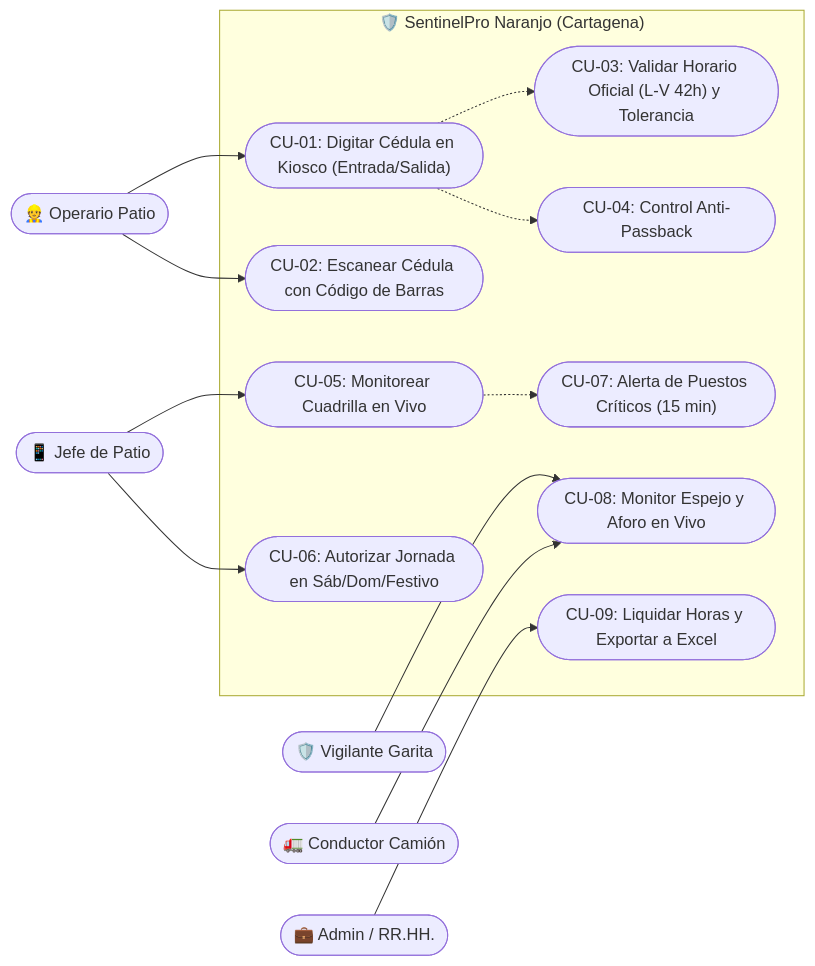
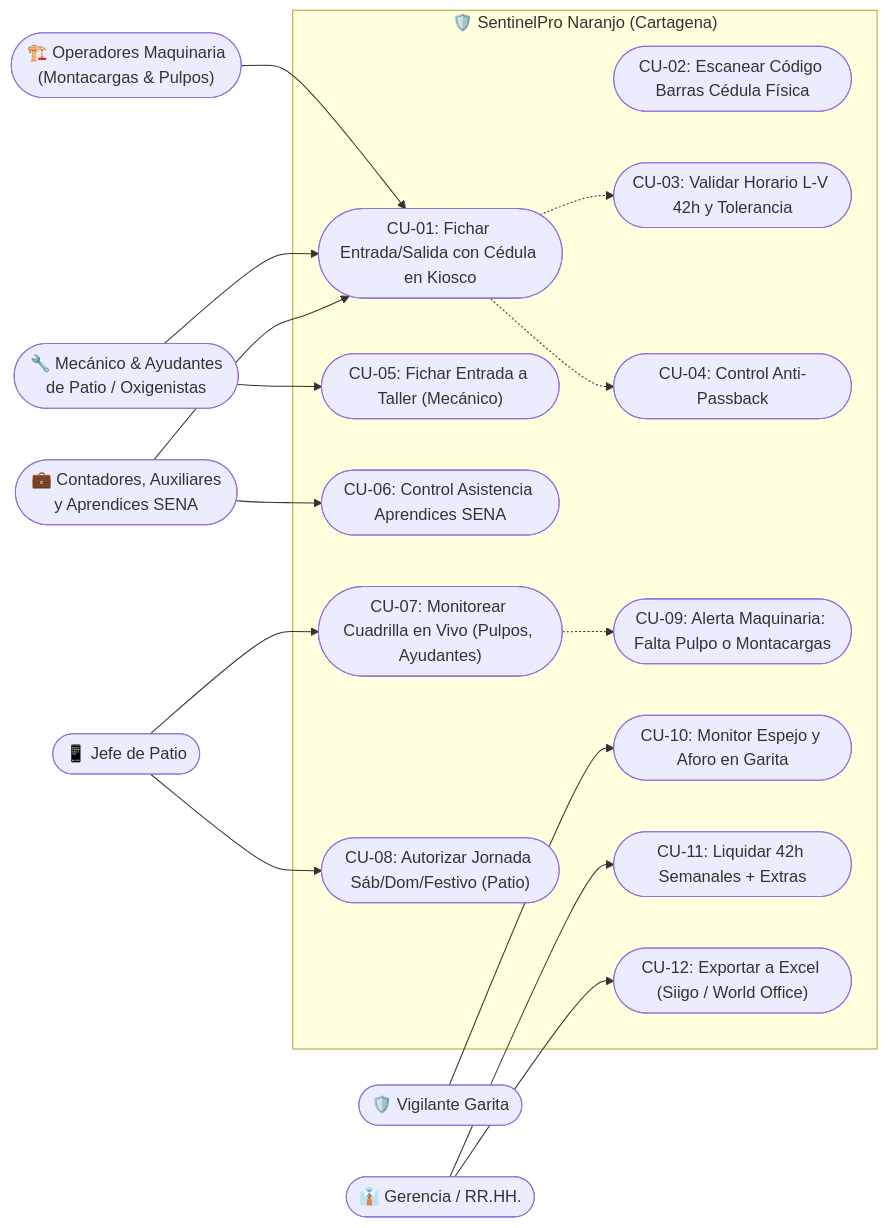
Before and after one commit to traetrabajos-web/SentinelPro_IAM: the diagram in docs/09_Plan_Sistema_Acceso_Recuperaciones_Naranjo.md, drawn with Mermaid. The commit also changed other lines of this file and 12 other files, not shown here.

Commit message:
feat(naranjo): incorporar cargos de maquinaria pesada (pulpos, montacargas), mecanico, ayudantes de patio, contabilidad y SENA

````diff
--- a/docs/09_Plan_Sistema_Acceso_Recuperaciones_Naranjo.md
+++ b/docs/09_Plan_Sistema_Acceso_Recuperaciones_Naranjo.md
@@ -117,31 +147,39 @@
 ```mermaid
 flowchart LR
-    Operario(["👷 Operario Patio"])
-    Conductor(["🚛 Conductor Camión"])
+    Maquinaria(["🏗️ Operadores Maquinaria\n(Montacargas & Pulpos)"])
+    Cuadrilla(["🔧 Mecánico & Ayudantes\nde Patio / Oxigenistas"])
+    AdminSena(["💼 Contadores, Auxiliares\ny Aprendices SENA"])
+
     Vigilante(["🛡️ Vigilante Garita"])
     JefePatio(["📱 Jefe de Patio"])
-    AdminRRHH(["💼 Admin / RR.HH."])
+    Gerencia(["👔 Gerencia / RR.HH."])
 
     subgraph SistemaNaranjo["🛡️ SentinelPro Naranjo (Cartagena)"]
-        CU01(["CU-01: Digitar Cédula en Kiosco (Entrada/Salida)"])
-        CU02(["CU-02: Escanear Cédula con Código de Barras"])
-        CU03(["CU-03: Validar Horario Oficial (L-V 42h) y Tolerancia"])
+        CU01(["CU-01: Fichar Entrada/Salida con Cédula en Kiosco"])
+        CU02(["CU-02: Escanear Código Barras Cédula Física"])
+        CU03(["CU-03: Validar Horario L-V 42h y Tolerancia"])
         CU04(["CU-04: Control Anti-Passback"])
-        CU05(["CU-05: Monitorear Cuadrilla en Vivo"])
-        CU06(["CU-06: Autorizar Jornada en Sáb/Dom/Festivo"])
-        CU07(["CU-07: Alerta de Puestos Críticos (15 min)"])
-        CU08(["CU-08: Monitor Espejo y Aforo en Vivo"])
-        CU09(["CU-09: Liquidar Horas y Exportar a Excel"])
+        CU05(["CU-05: Fichar Entrada a Taller (Mecánico)"])
+        CU06(["CU-06: Control Asistencia Aprendices SENA"])
+        CU07(["CU-07: Monitorear Cuadrilla en Vivo (Pulpos, Ayudantes)"])
+        CU08(["CU-08: Autorizar Jornada Sáb/Dom/Festivo (Patio)"])
+        CU09(["CU-09: Alerta Maquinaria: Falta Pulpo o Montacargas"])
+        CU10(["CU-10: Monitor Espejo y Aforo en Garita"])
+        CU11(["CU-11: Liquidar 42h Semanales + Extras"])
+        CU12(["CU-12: Exportar a Excel (Siigo / World Office)"])
     end
 
-    Operario --> CU01
-    Operario --> CU02
+    Maquinaria --> CU01
+    Cuadrilla --> CU01
+    Cuadrilla --> CU05
+    AdminSena --> CU01
+    AdminSena --> CU06
     CU01 -.-> CU03
     CU01 -.-> CU04
-    JefePatio --> CU05
-    JefePatio --> CU06
-    CU05 -.-> CU07
-    Vigilante --> CU08
-    Conductor --> CU08
-    AdminRRHH --> CU09
+    JefePatio --> CU07
+    JefePatio --> CU08
+    CU07 -.-> CU09
+    Vigilante --> CU10
+    Gerencia --> CU11
+    Gerencia --> CU12
 ```
````
